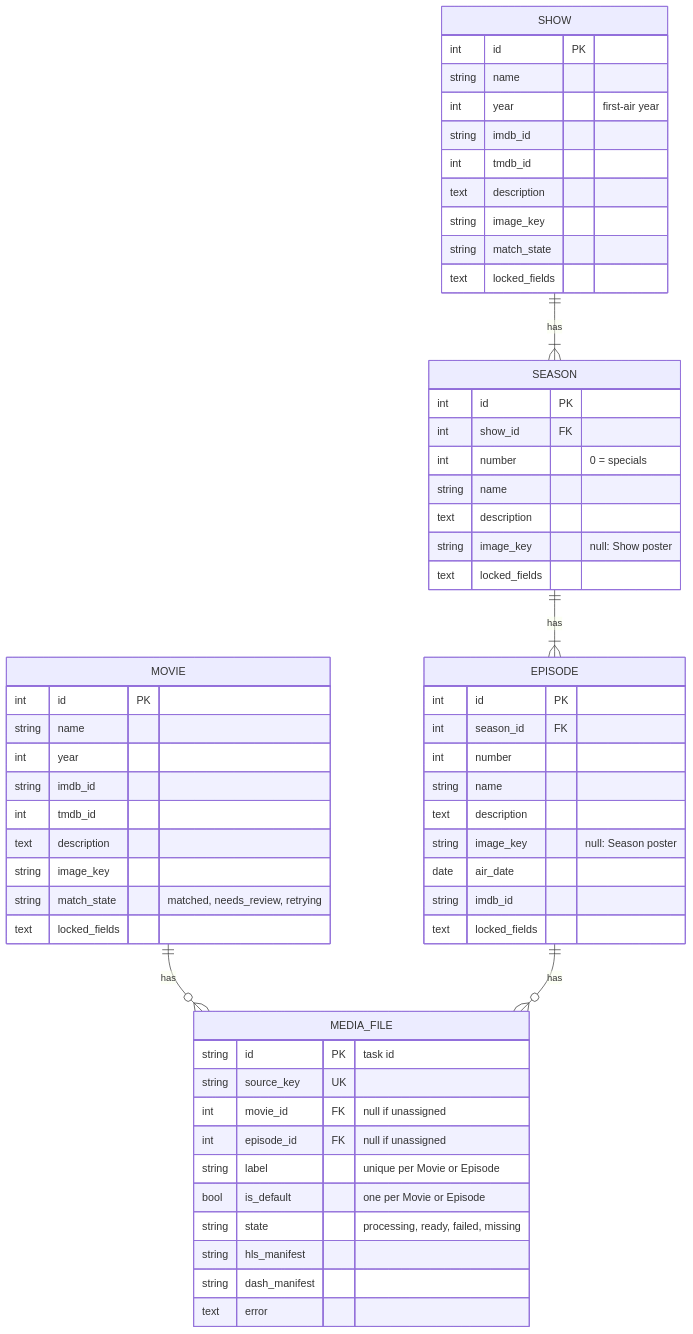
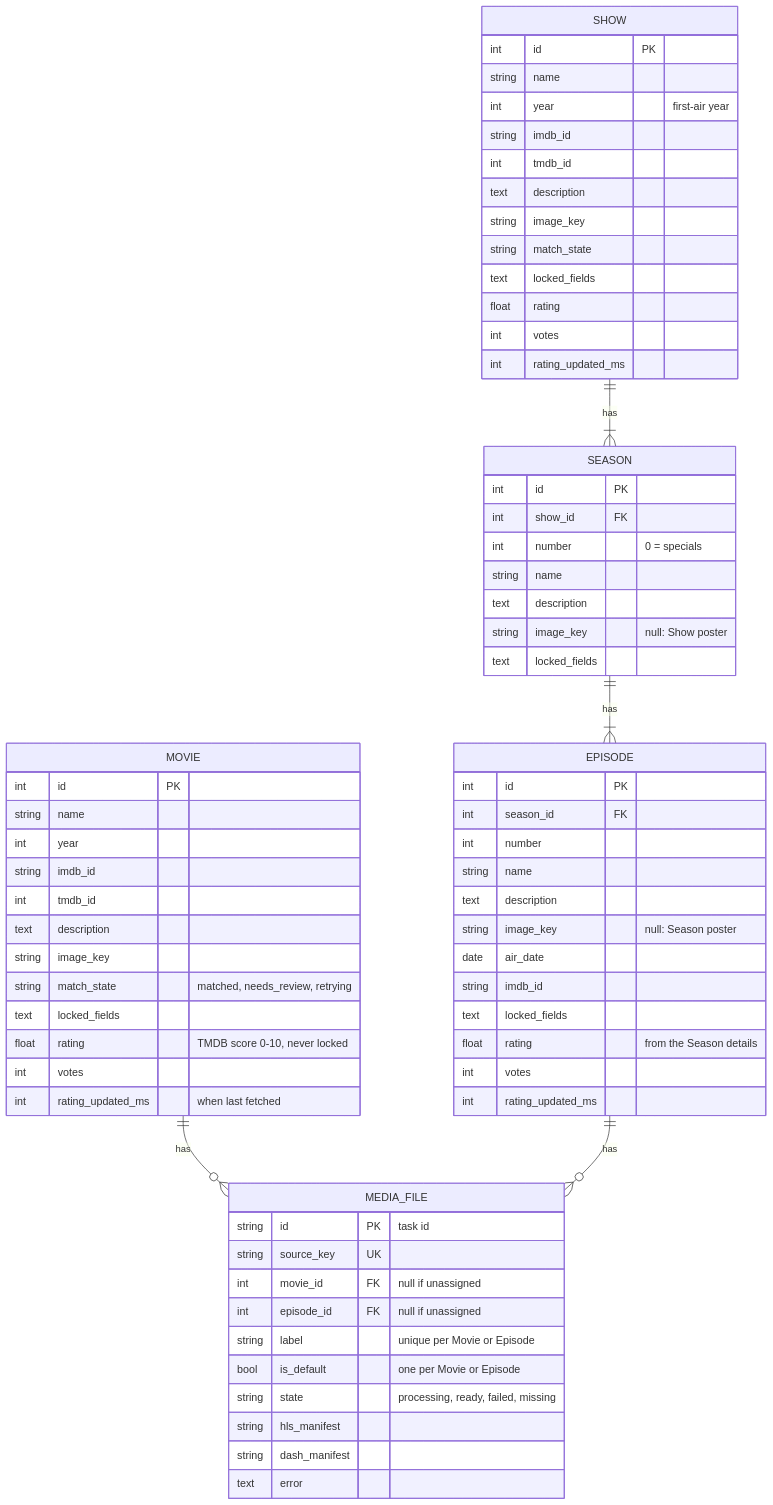
The fourth of 4 diagrams in docs/architecture/asset-server.md (Domeimeie/DodoGlass), drawn with Mermaid before and after one commit. The commit also changed other lines of this file and 3 other files, not shown here.

````diff
--- a/docs/architecture/asset-server.md
+++ b/docs/architecture/asset-server.md
@@ -295,62 +333,71 @@
 ```mermaid
 erDiagram
     MOVIE ||--o{ MEDIA_FILE : has
     SHOW ||--|{ SEASON : has
     SEASON ||--|{ EPISODE : has
     EPISODE ||--o{ MEDIA_FILE : has
 
     MOVIE {
         int id PK
         string name
         int year
         string imdb_id
         int tmdb_id
         text description
         string image_key
         string match_state "matched, needs_review, retrying"
         text locked_fields
+        float rating "TMDB score 0-10, never locked"
+        int votes
+        int rating_updated_ms "when last fetched"
     }
     SHOW {
         int id PK
         string name
         int year "first-air year"
         string imdb_id
         int tmdb_id
         text description
         string image_key
         string match_state
         text locked_fields
+        float rating
+        int votes
+        int rating_updated_ms
     }
     SEASON {
         int id PK
         int show_id FK
         int number "0 = specials"
         string name
         text description
         string image_key "null: Show poster"
         text locked_fields
     }
     EPISODE {
         int id PK
         int season_id FK
         int number
         string name
         text description
         string image_key "null: Season poster"
         date air_date
         string imdb_id
         text locked_fields
+        float rating "from the Season details"
+        int votes
+        int rating_updated_ms
     }
     MEDIA_FILE {
         string id PK "task id"
         string source_key UK
         int movie_id FK "null if unassigned"
         int episode_id FK "null if unassigned"
         string label "unique per Movie or Episode"
         bool is_default "one per Movie or Episode"
         string state "processing, ready, failed, missing"
         string hls_manifest
         string dash_manifest
         text error
     }
 ```
````
